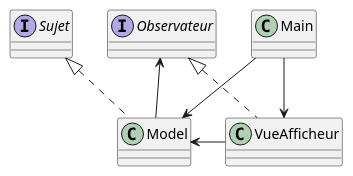
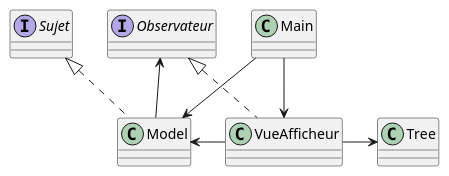
The diagram in Documents/Itération 2/Diagrammes/diagramme de classe.puml (Math54500/SAE-3.01-ObjectAid), drawn with PlantUML before and after one commit. The commit also changed 2 other files, not shown here.

Commit message:
diagramme de séquence fait

```diff
--- a/Documents/Itération 2/Diagrammes/diagramme de classe.puml
+++ b/Documents/Itération 2/Diagrammes/diagramme de classe.puml
@@ -1,21 +1,24 @@
 @startuml
 'https://plantuml.com/class-diagram
 
 interface Sujet{}
 
 interface Observateur{}
 
 class VueAfficheur{}
+
+class Tree{}
 
 class Main{}
 
 class Model{}
 
 Sujet <|.. Model
 Main --> Model
 Model <- VueAfficheur
 Observateur <-- Model
 Observateur <|.. VueAfficheur
 Main -> VueAfficheur
+VueAfficheur -> Tree
 
 @enduml
```
